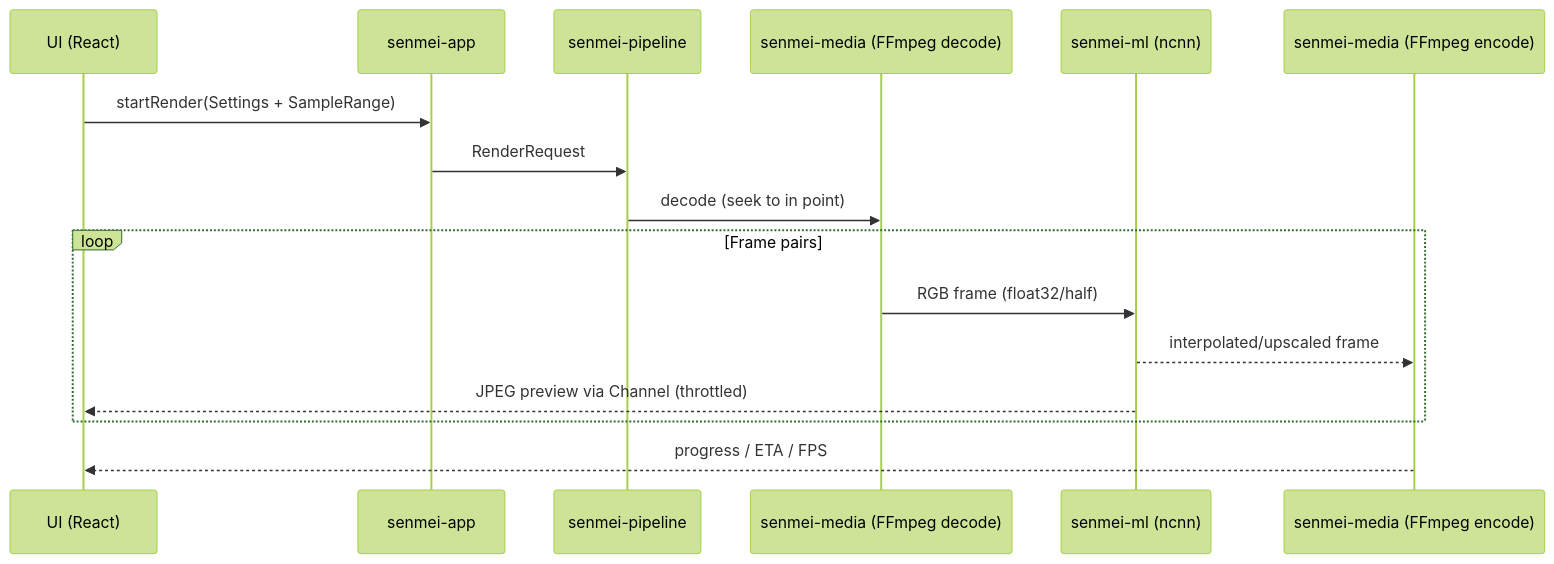
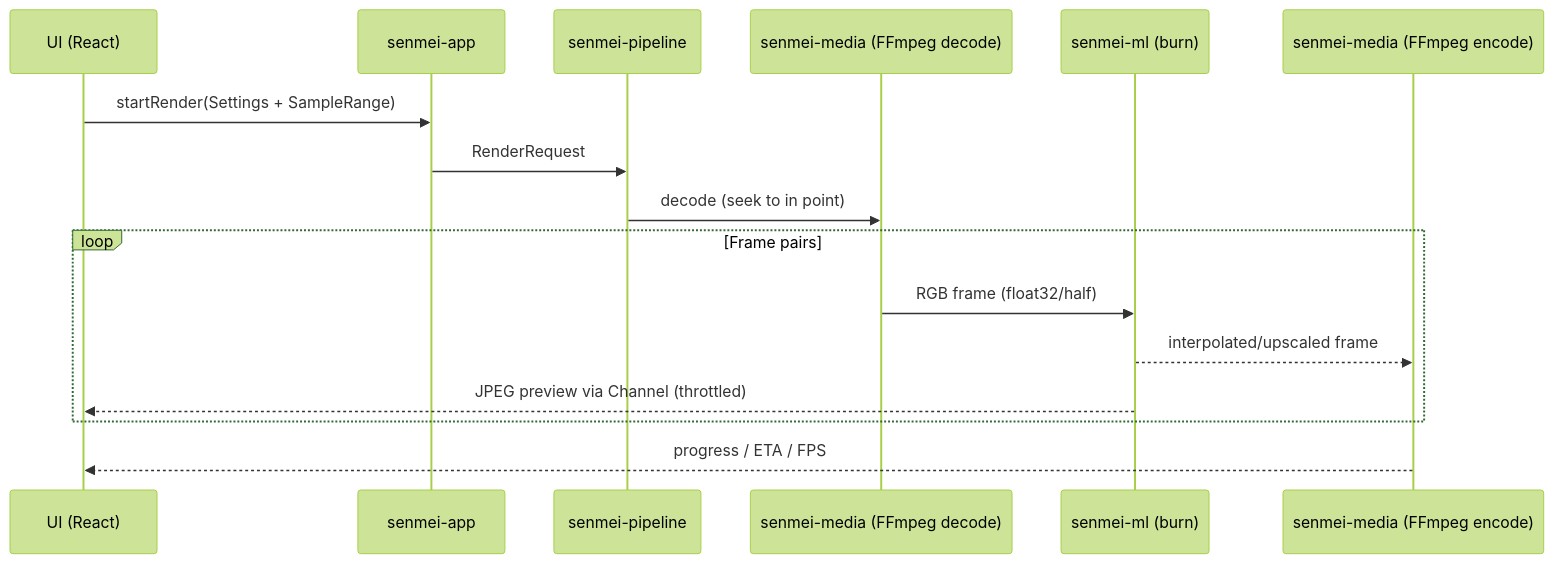
Before and after one commit to senmei-app/senmei: the third of 3 diagrams in docs/PLAN.md, drawn with Mermaid (forest theme). The commit also changed other lines of this file and 4 other files, not shown here.

````diff
--- a/docs/PLAN.md
+++ b/docs/PLAN.md
@@ -235,19 +239,19 @@
 ```mermaid
 sequenceDiagram
     participant UI as UI (React)
     participant APP as senmei-app
     participant PIPE as senmei-pipeline
     participant MEDIA as senmei-media (FFmpeg decode)
-    participant ML as senmei-ml (ncnn)
+    participant ML as senmei-ml (burn)
     participant ENC as senmei-media (FFmpeg encode)
 
     UI->>APP: startRender(Settings + SampleRange)
     APP->>PIPE: RenderRequest
     PIPE->>MEDIA: decode (seek to in point)
     loop Frame pairs
         MEDIA->>ML: RGB frame (float32/half)
         ML-->>ENC: interpolated/upscaled frame
         ML-->>UI: JPEG preview via Channel (throttled)
     end
     ENC-->>UI: progress / ETA / FPS
 ```
````
